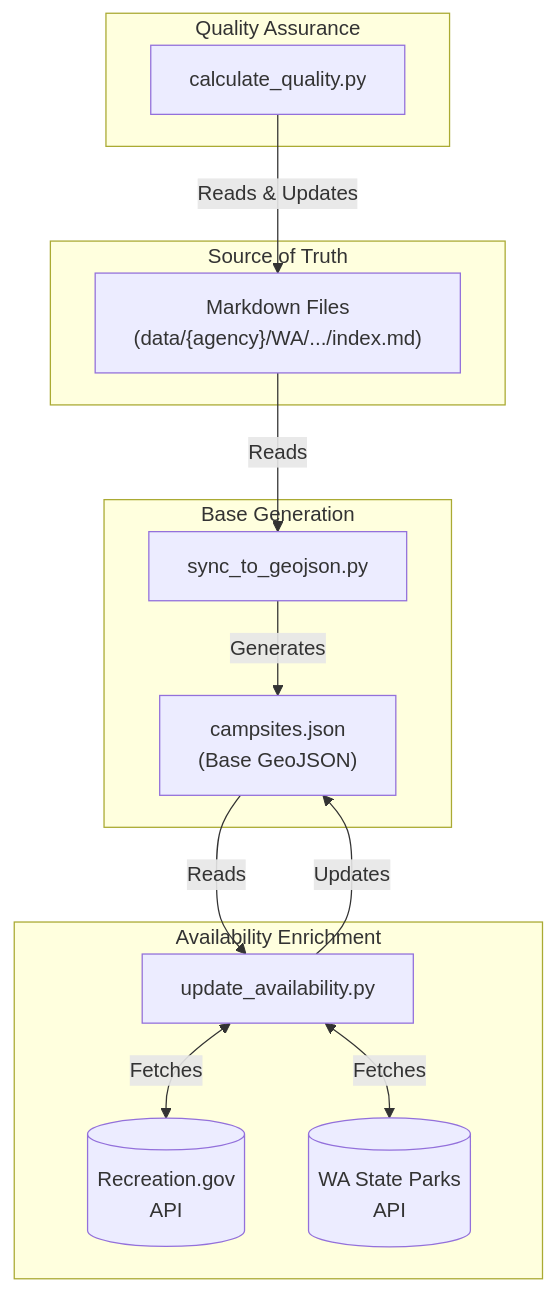
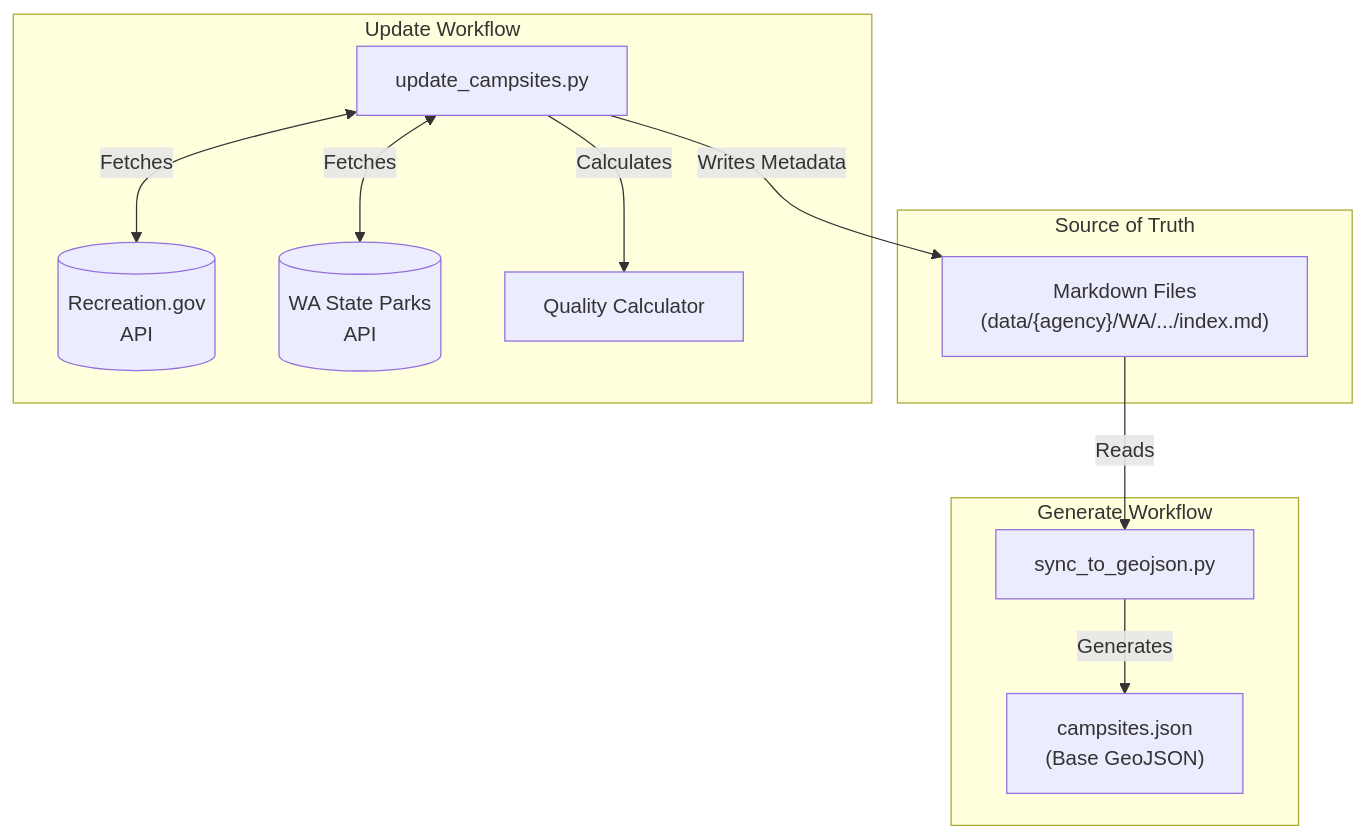
The diagram in data/README.md (robogeosociety/robot-geographical-society), drawn with Mermaid before and after one commit. The commit also changed other lines of this file and 14 other files, not shown here.

Commit message:
refactor: Split workflow into update/generate and use PyYAML

````diff
--- a/data/README.md
+++ b/data/README.md
@@ -9,28 +9,24 @@
 ```mermaid
 graph TD
     subgraph Source["Source of Truth"]
         MD["Markdown Files<br/>(data/{agency}/WA/.../index.md)"]
     end
 
-    subgraph Quality["Quality Assurance"]
-        QC["calculate_quality.py"]
-        QC -->|Reads & Updates| MD
+    subgraph UpdateWorkflow["Update Workflow"]
+        Updater["update_campsites.py"]
+        RecGov[("Recreation.gov<br/>API")]
+        WAParks[("WA State Parks<br/>API")]
+        Quality["Quality Calculator"]
+        
+        Updater <-->|Fetches| RecGov
+        Updater <-->|Fetches| WAParks
+        Updater -->|Calculates| Quality
+        Updater -->|Writes Metadata| MD
     end
 
-    subgraph Build["Base Generation"]
+    subgraph GenerateWorkflow["Generate Workflow"]
         Sync["sync_to_geojson.py"]
         MD -->|Reads| Sync
         Sync -->|Generates| JSON["campsites.json<br/>(Base GeoJSON)"]
     end
-
-    subgraph Enrichment["Availability Enrichment"]
-        Update["update_availability.py"]
-        RecGov[("Recreation.gov<br/>API")]
-        WAParks[("WA State Parks<br/>API")]
-        
-        JSON -->|Reads| Update
-        Update <-->|Fetches| RecGov
-        Update <-->|Fetches| WAParks
-        Update -->|Updates| JSON
-    end
 ```
````
